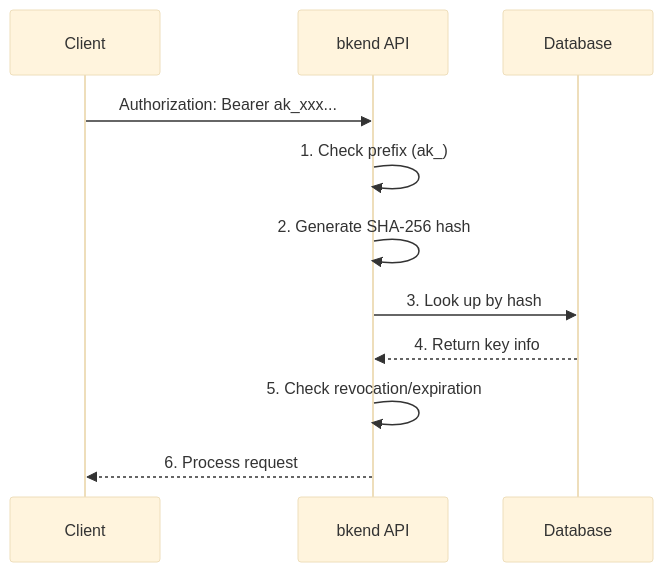
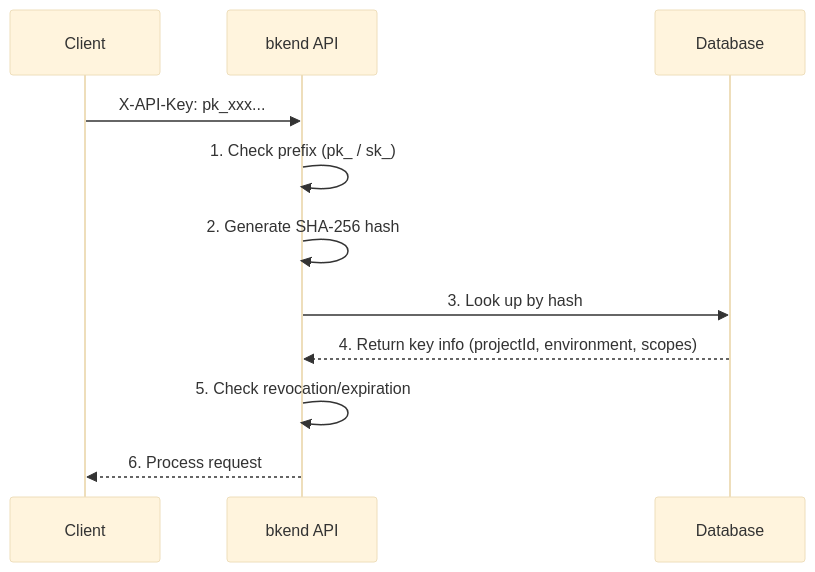
Before and after one commit to popup-studio-ai/bkend-docs: the second of 2 diagrams in en/security/02-api-keys.md, drawn with Mermaid (base theme). The commit also changed other lines of this file and 365 other files, not shown here.

````diff
--- a/en/security/02-api-keys.md
+++ b/en/security/02-api-keys.md
@@ -57,14 +96,14 @@
 ```mermaid
 sequenceDiagram
     participant C as Client
     participant A as bkend API
     participant DB as Database
 
-    C->>A: Authorization: Bearer ak_xxx...
-    A->>A: 1. Check prefix (ak_)
+    C->>A: X-API-Key: pk_xxx...
+    A->>A: 1. Check prefix (pk_ / sk_)
     A->>A: 2. Generate SHA-256 hash
     A->>DB: 3. Look up by hash
-    DB-->>A: 4. Return key info
+    DB-->>A: 4. Return key info (projectId, environment, scopes)
     A->>A: 5. Check revocation/expiration
     A-->>C: 6. Process request
 ```
````
